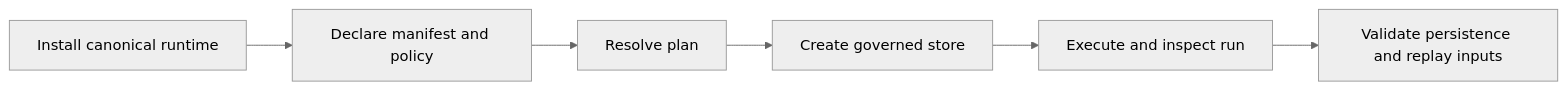
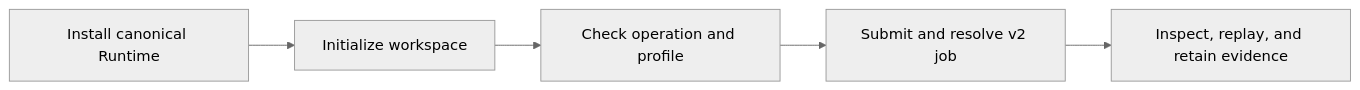
One commit to bijux/bijux-canon changed the diagram in docs/06-bijux-canon-runtime/operations/installation-and-setup.md. Above: the diagram before and after it, drawn with Mermaid (neutral theme). The commit also changed other lines of this file and 13 other files, not shown here.

````diff
--- a/docs/06-bijux-canon-runtime/operations/installation-and-setup.md
+++ b/docs/06-bijux-canon-runtime/operations/installation-and-setup.md
@@ -16,8 +16,7 @@
 ```mermaid
 flowchart LR
-    P[Install canonical runtime] --> M[Declare manifest and policy]
-    M --> L[Resolve plan]
-    L --> S[Create governed store]
-    S --> R[Execute and inspect run]
-    R --> V[Validate persistence and replay inputs]
+    P[Install canonical Runtime] --> I[Initialize workspace]
+    I --> C[Check operation and profile]
+    C --> R[Submit and resolve v2 job]
+    R --> V[Inspect, replay, and retain evidence]
 ```
````
